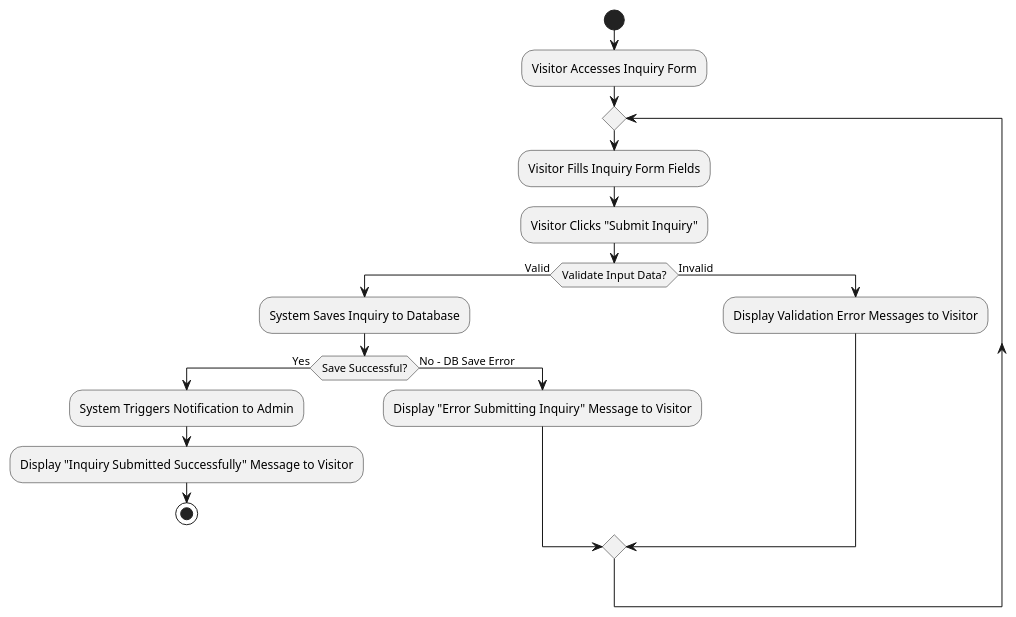
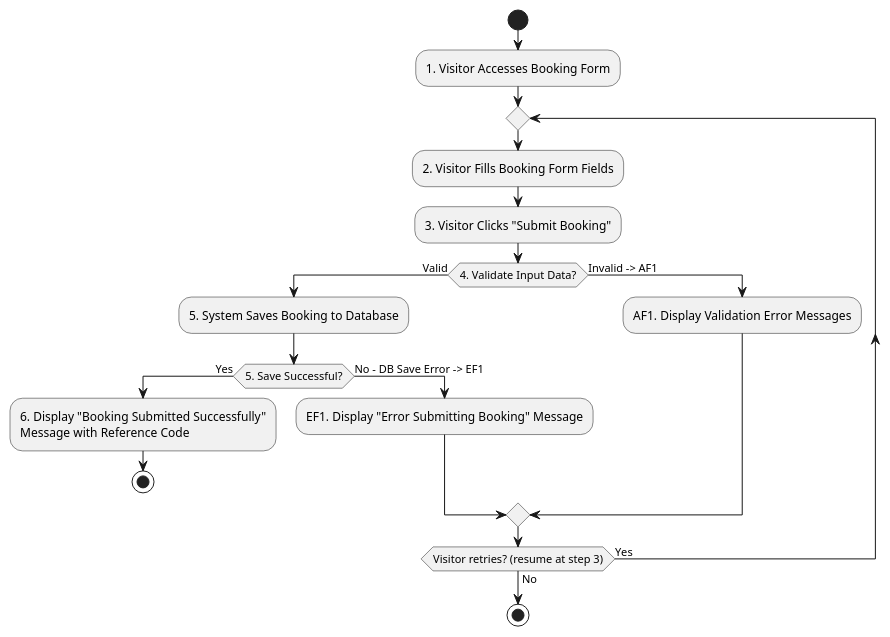
Diagram 11 of 36 in Academic version/appendix: SRS.md (7azmi/Al-Muneer-Portal), drawn with PlantUML before and after one commit. The commit also changed other lines of this file and 10 other files, not shown here.

````diff
--- a/Academic version/appendix: SRS.md
+++ b/Academic version/appendix: SRS.md
@@ -666,22 +712,23 @@
 ```plantuml
 @startuml
 start
-:Visitor Accesses Inquiry Form;
+:1. Visitor Accesses Booking Form;
 repeat
-  :Visitor Fills Inquiry Form Fields;
-  :Visitor Clicks "Submit Inquiry";
-  if (Validate Input Data?) then (Valid)
-    :System Saves Inquiry to Database;
-    if (Save Successful?) then (Yes)
-      :System Triggers Notification to Admin;
-      :Display "Inquiry Submitted Successfully" Message to Visitor;
+  :2. Visitor Fills Booking Form Fields;
+  :3. Visitor Clicks "Submit Booking";
+  if (4. Validate Input Data?) then (Valid)
+    :5. System Saves Booking to Database;
+    if (5. Save Successful?) then (Yes)
+      :6. Display "Booking Submitted Successfully"
+      Message with Reference Code;
       stop
-    else (No - DB Save Error)
-      :Display "Error Submitting Inquiry" Message to Visitor;
+    else (No - DB Save Error -> EF1)
+      :EF1. Display "Error Submitting Booking" Message;
     endif
-  else (Invalid)
-    :Display Validation Error Messages to Visitor;
+  else (Invalid -> AF1)
+    :AF1. Display Validation Error Messages;
   endif
-repeat while
+repeat while (Visitor retries? (resume at step 3)) is (Yes) not (No)
+stop
 @enduml
 ```
````
